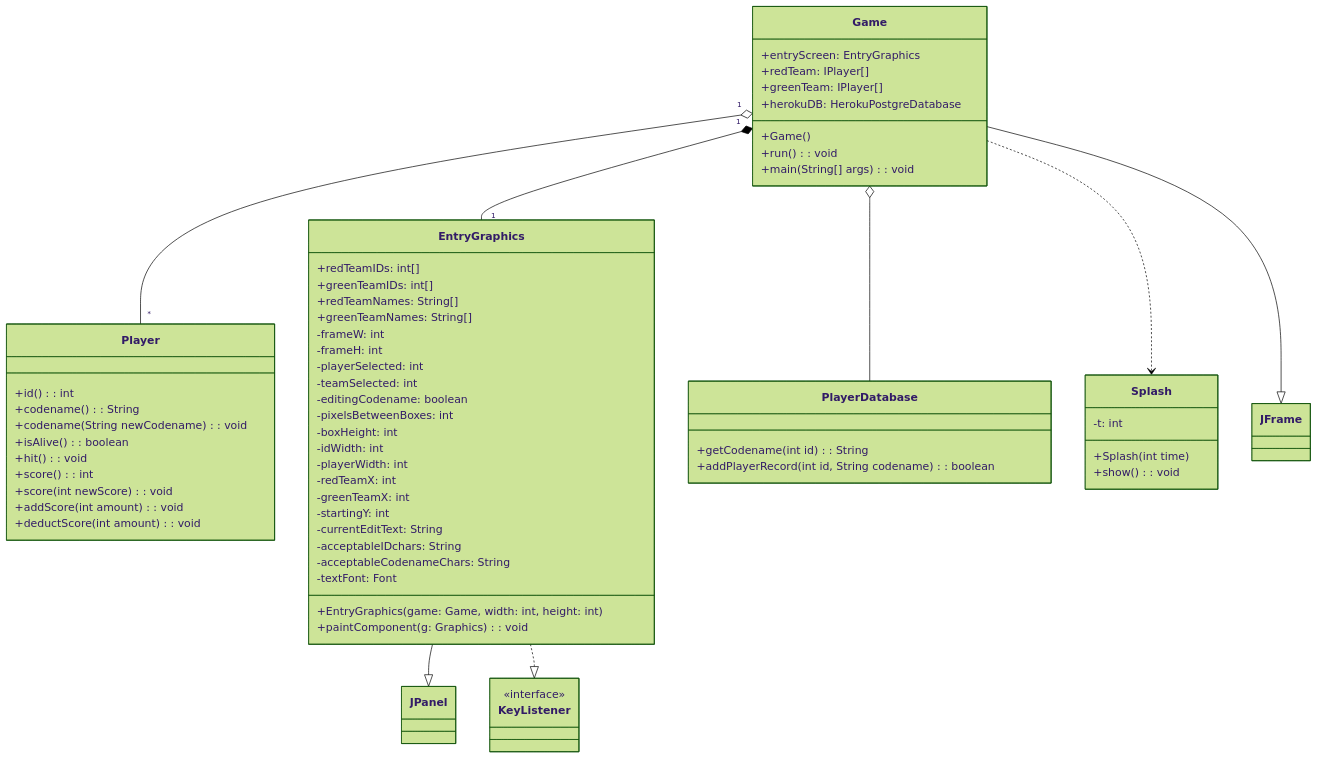
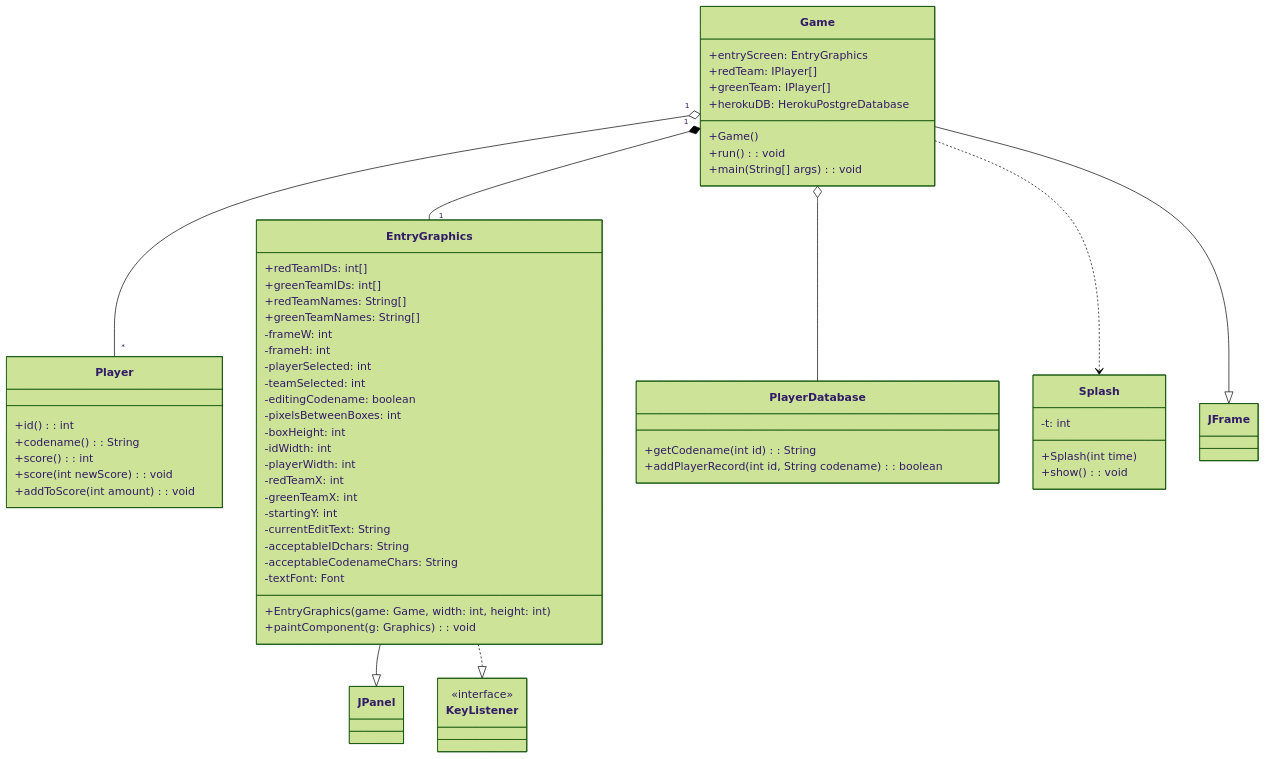
One commit to UArk-CSCE-3513-2022-Fall-Team-01/Photon changed the diagram in class-diagram.md. Above: the diagram before and after it, drawn with Mermaid (forest theme). The commit also changed 2 other files, not shown here.

Commit message:
I guess I didn't need a branch for this one

````diff
--- a/class-diagram.md
+++ b/class-diagram.md
@@ -1,70 +1,66 @@
 ```mermaid
 classDiagram-v2
     Game "1" o-- "*" Player
     Game "1" *-- "1" EntryGraphics
     Game o-- PlayerDatabase
     Game ..> Splash
     Game --|> JFrame
     EntryGraphics --|> JPanel
     EntryGraphics ..|> KeyListener
 
     <<interface>> KeyListener
 
     class Game {
         +entryScreen: EntryGraphics
         +redTeam: IPlayer[]
         +greenTeam: IPlayer[]
         +herokuDB: HerokuPostgreDatabase
         +Game()
         +run(): void
         +main(String[] args): void
     }
 
     class Player {
         +id(): int
         +codename(): String
-        +codename(String newCodename): void
-        +isAlive(): boolean
-        +hit(): void
         +score(): int
         +score(int newScore): void
-        +addScore(int amount): void
-        +deductScore(int amount): void
+        +addToScore(int amount): void
     }
 
     class PlayerDatabase {
         +getCodename(int id): String
         +addPlayerRecord(int id, String codename): boolean
     }
 
     class Splash {
         -t: int
         +Splash(int time)
         +show(): void
     }
 
     class EntryGraphics {
         +redTeamIDs: int[]
         +greenTeamIDs: int[]
         +redTeamNames: String[]
         +greenTeamNames: String[]
         -frameW: int
         -frameH: int
         -playerSelected: int
         -teamSelected: int
         -editingCodename: boolean
         -pixelsBetweenBoxes: int
         -boxHeight: int
         -idWidth: int
         -playerWidth: int
         -redTeamX: int
         -greenTeamX: int
         -startingY: int
         -currentEditText: String
         -acceptableIDchars: String
         -acceptableCodenameChars: String
         -textFont: Font
         +EntryGraphics(game: Game, width: int, height: int)
         +paintComponent(g: Graphics): void
     }
 ```
````
